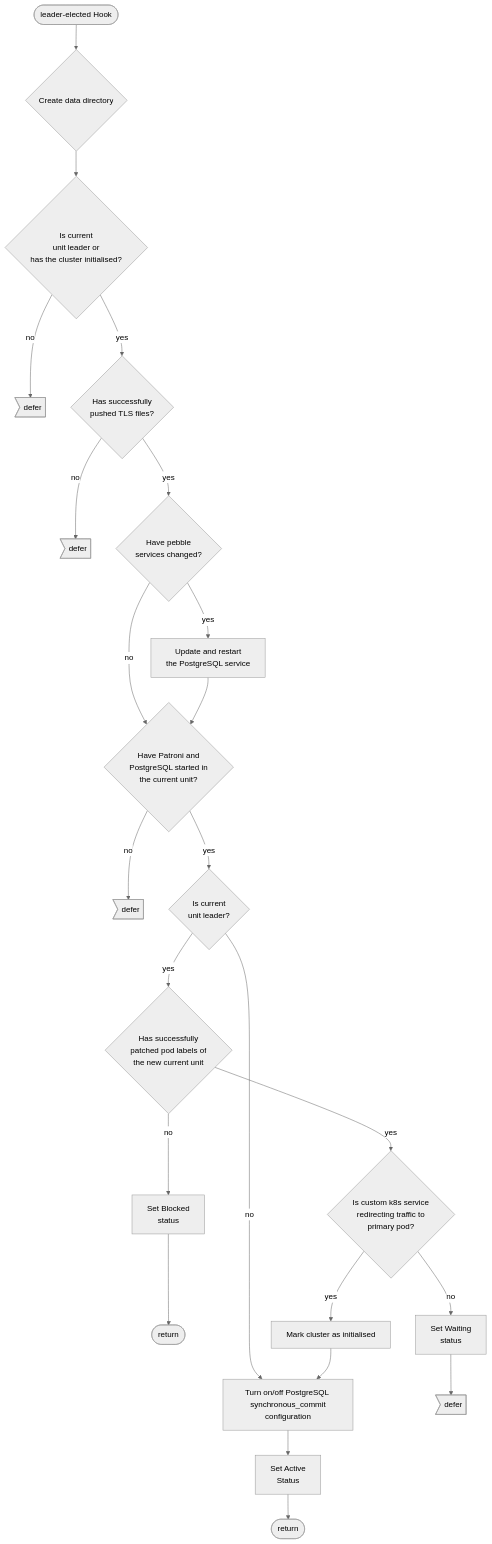
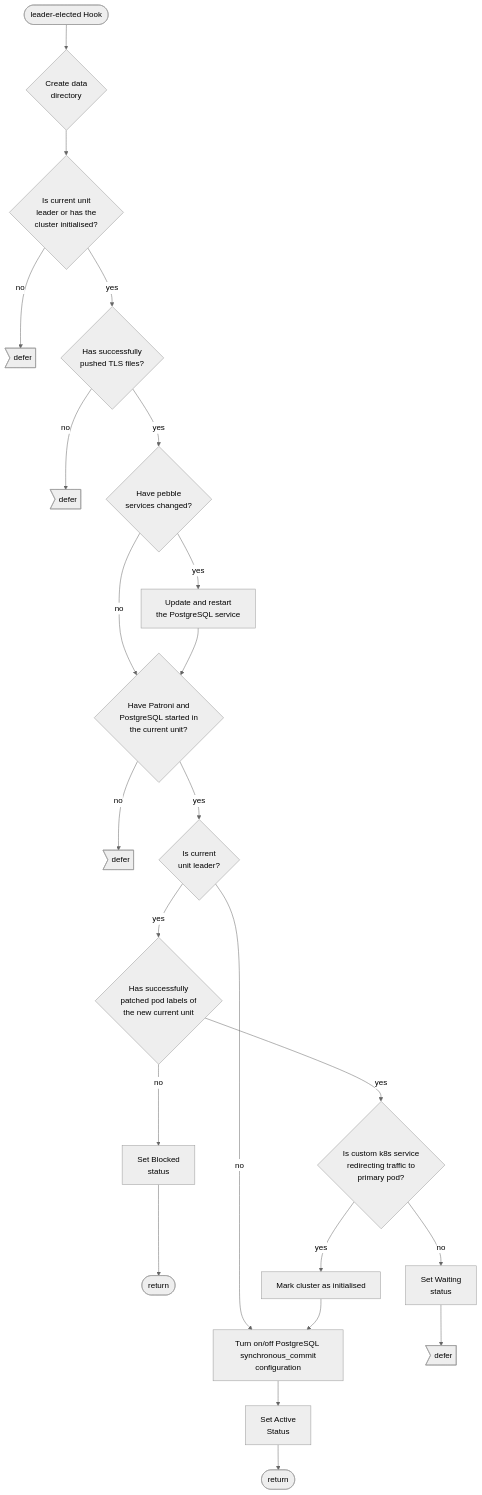
Before and after one commit to canonical/postgresql-k8s-operator: the second of 2 diagrams in documentation/reference/charm.md, drawn with Mermaid (neutral theme).

````diff
--- a/documentation/reference/charm.md
+++ b/documentation/reference/charm.md
@@ -37,25 +37,25 @@
 ```mermaid
 flowchart TD
-  hook_fired([leader-elected Hook]) --> create_pgdata{Create data directory}
-  create_pgdata --> is_leader_or_has_cluster_initialised{Is current\nunit leader or \n has the cluster initialised?}
+  hook_fired([leader-elected Hook]) --> create_pgdata{Create data\n directory}
+  create_pgdata --> is_leader_or_has_cluster_initialised{Is current unit\n leader or has the \n cluster initialised?}
   is_leader_or_has_cluster_initialised -- no --> defer>defer]
   is_leader_or_has_cluster_initialised -- yes --> has_pushed_tls_files{Has successfully \n pushed TLS files?}
   has_pushed_tls_files -- no --> defer2>defer]
   has_pushed_tls_files -- yes --> has_services_changed{Have pebble \n services changed?}
   has_services_changed -- no --> has_member_started
   has_services_changed -- yes --> update_and_restart_service[Update and restart \n the PostgreSQL service]
   update_and_restart_service --> has_member_started{Have Patroni and \n PostgreSQL  started in \n the current unit?}
   has_member_started -- no --> defer3>defer]
   has_member_started -- yes --> is_leader{Is current\nunit leader?}
   is_leader -- no --> update_config
   is_leader -- yes --> has_patched_pod_labels{Has successfully \n patched pod labels of \n the new current unit}
   has_patched_pod_labels -- no --> set_blocked[Set Blocked\nstatus]
   set_blocked --> rtn([return])
   has_patched_pod_labels -- yes --> is_service_redirecting_traffic{Is custom k8s service \n redirecting traffic to \n primary pod?}
   is_service_redirecting_traffic -- no --> set_waiting[Set Waiting\nstatus]
   set_waiting --> defer4>defer]
   is_service_redirecting_traffic -- yes --> mark_cluster_as_initialised[Mark cluster as initialised]
   mark_cluster_as_initialised--> update_config[Turn on/off PostgreSQL \n synchronous_commit configuration]
   update_config --> set_active[Set Active\n Status]
   set_active --> rtn2([return])
 ```
````
